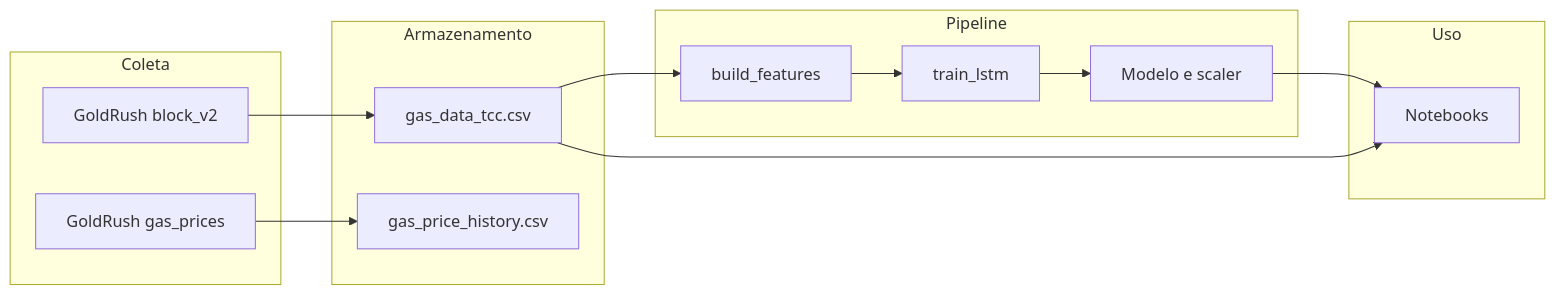
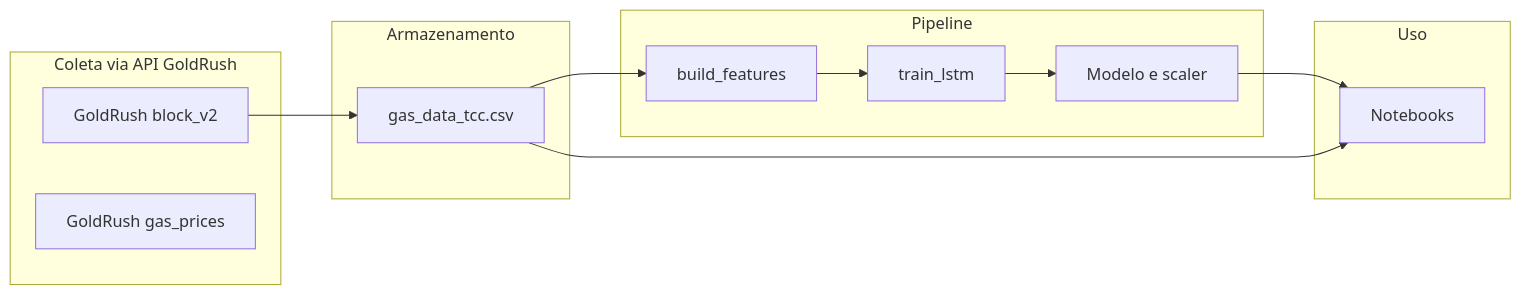
Before and after one commit to DEVLevid/GasFeesPrediction: the diagram in README.md, drawn with Mermaid. The commit also changed other lines of this file and 11 other files, not shown here.

````diff
--- a/README.md
+++ b/README.md
@@ -16,26 +16,24 @@
 ```mermaid
 flowchart LR
-  subgraph coleta [Coleta]
+  subgraph coleta [Coleta via API GoldRush]
     block_v2[GoldRush block_v2]
     gas_prices[GoldRush gas_prices]
   end
   subgraph armazenamento [Armazenamento]
     csv_blocks[gas_data_tcc.csv]
-    csv_realtime[gas_price_history.csv]
   end
   subgraph pipeline [Pipeline]
     features[build_features]
     train[train_lstm]
     model[Modelo e scaler]
   end
   subgraph uso [Uso]
     demo[Notebooks]
   end
   block_v2 --> csv_blocks
-  gas_prices --> csv_realtime
   csv_blocks --> features
   features --> train
   train --> model
   model --> demo
   csv_blocks --> demo
 ```
````
